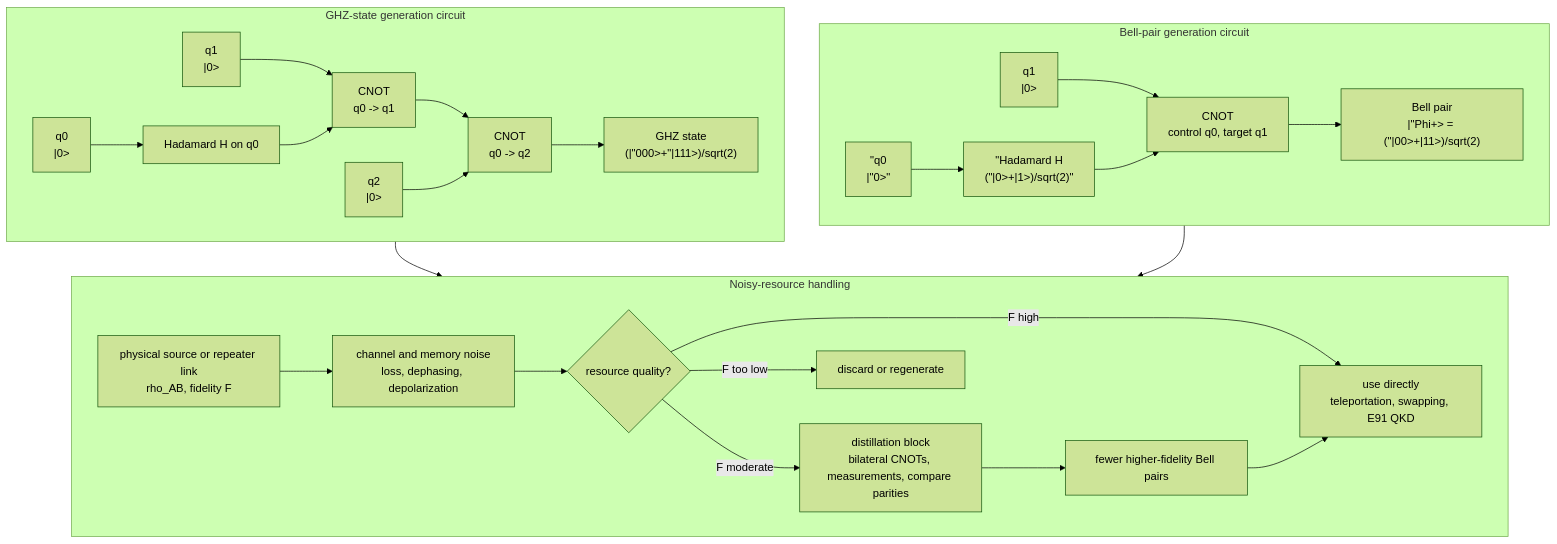
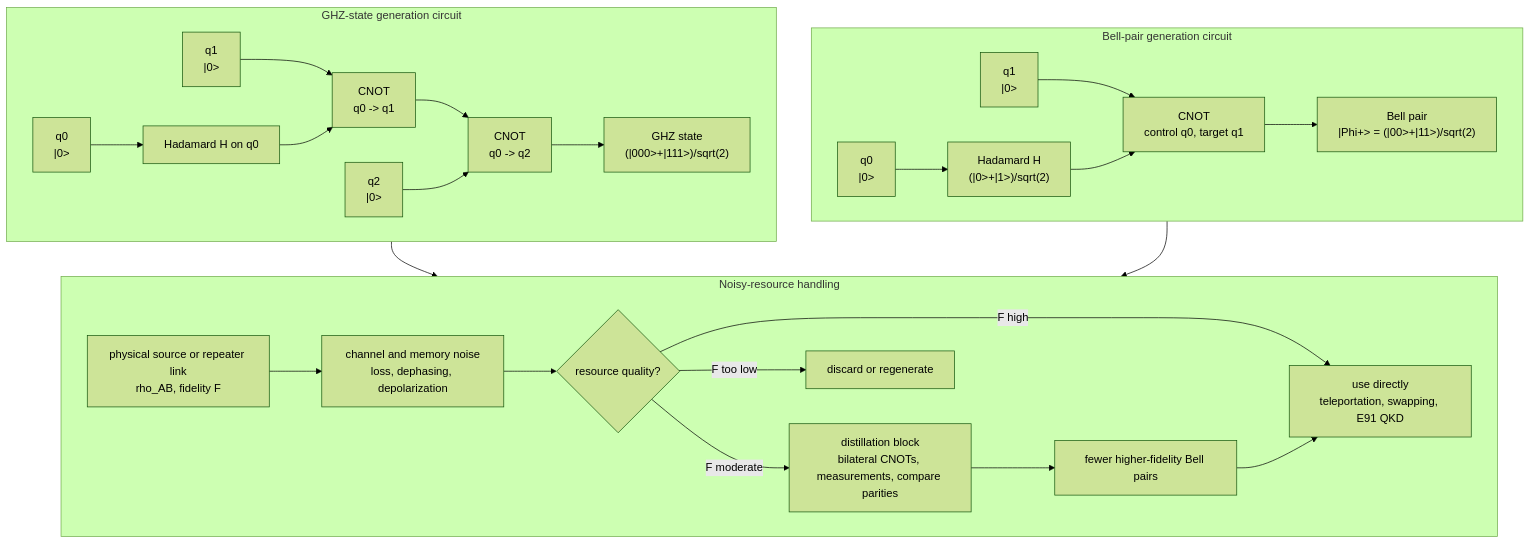
One commit to justinbrianhwang/SJ-wiki changed the diagram in docs/quantum-information-science/quantum-internet/entanglement.md. Above: the diagram before and after it, drawn with Mermaid (forest theme). The commit also changed 83 other files, not shown here.

Commit message:
Fix Mermaid #quot; artifacts from broken sanitizer + add fix-mermaid-broken-quot.py tool (77 files repaired)

````diff
--- a/docs/quantum-information-science/quantum-internet/entanglement.md
+++ b/docs/quantum-information-science/quantum-internet/entanglement.md
@@ -169,34 +169,34 @@
 ```mermaid
 flowchart TB
   subgraph Bell["Bell-pair generation circuit"]
     direction LR
-    BQ0["#quot;q0<br/>|#quot;0>#quot;"] --> BH["#quot;Hadamard H<br/>(#quot;|0>+|1>)/sqrt(2)#quot;"]
+    BQ0["q0<br/>|0>"] --> BH["Hadamard H<br/>(|0>+|1>)/sqrt(2)"]
     BQ1["q1<br/>|0>"] --> BCX["CNOT<br/>control q0, target q1"]
     BH --> BCX
-    BCX --> BOut["Bell pair<br/>|#quot;Phi+> = (#quot;|00>+|11>)/sqrt(2)"]
+    BCX --> BOut["Bell pair<br/>|Phi+> = (|00>+|11>)/sqrt(2)"]
   end
 
   subgraph GHZ["GHZ-state generation circuit"]
     direction LR
     GQ0["q0<br/>|0>"] --> GH["Hadamard H on q0"]
     GQ1["q1<br/>|0>"] --> GCX1["CNOT<br/>q0 -> q1"]
     GH --> GCX1
     GCX1 --> GCX2["CNOT<br/>q0 -> q2"]
     GQ2["q2<br/>|0>"] --> GCX2
-    GCX2 --> GOut["GHZ state<br/>(|#quot;000>+#quot;|111>)/sqrt(2)"]
+    GCX2 --> GOut["GHZ state<br/>(|000>+|111>)/sqrt(2)"]
   end
 
   subgraph NetworkUse["Noisy-resource handling"]
     direction LR
     Source["physical source or repeater link<br/>rho_AB, fidelity F"] --> Noise["channel and memory noise<br/>loss, dephasing, depolarization"]
     Noise --> Check{"resource quality?"}
     Check -->|"F high"| Use["use directly<br/>teleportation, swapping, E91 QKD"]
     Check -->|"F moderate"| Distill["distillation block<br/>bilateral CNOTs, measurements, compare parities"]
     Distill --> Better["fewer higher-fidelity Bell pairs"]
     Better --> Use
     Check -->|"F too low"| Discard["discard or regenerate"]
   end
 
   BOut --> Source
   GOut --> Use
 ```
````
